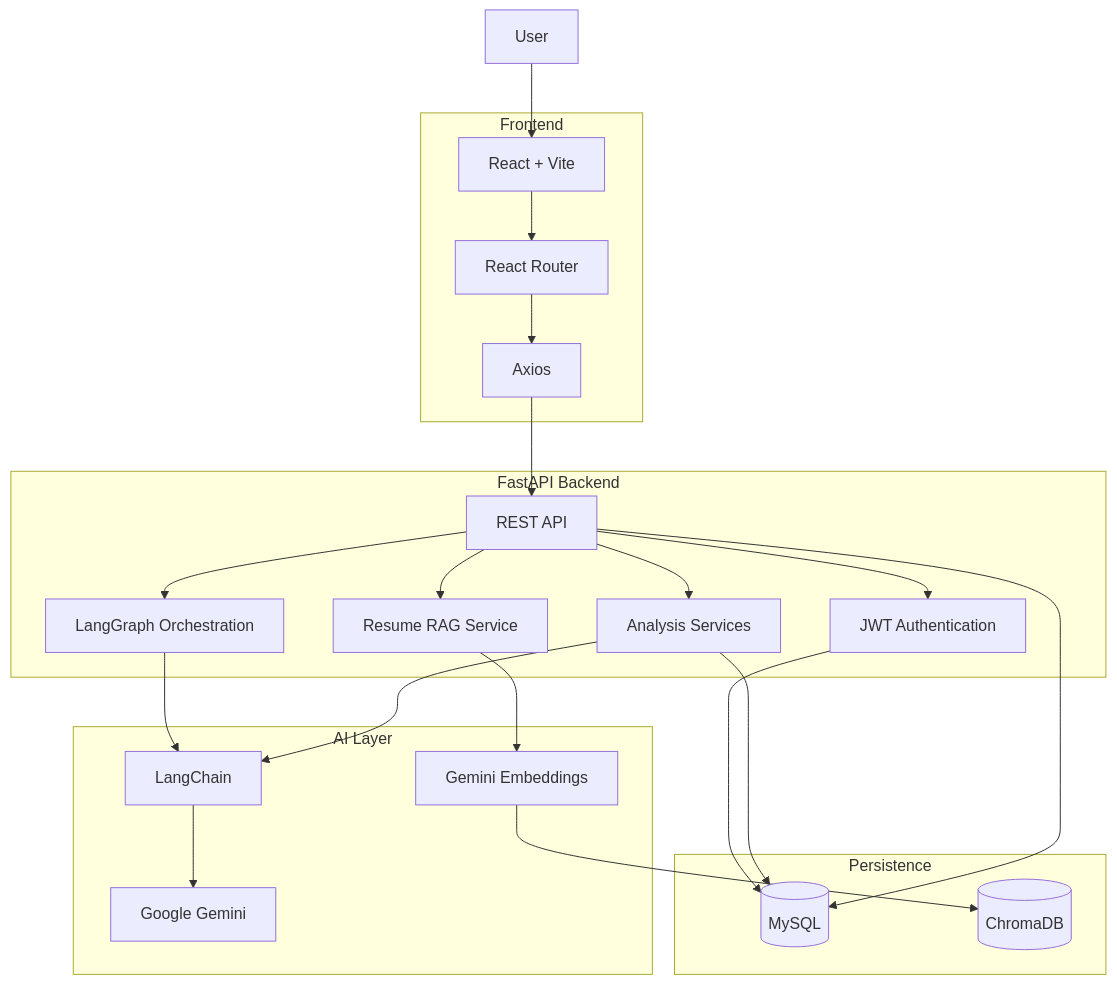
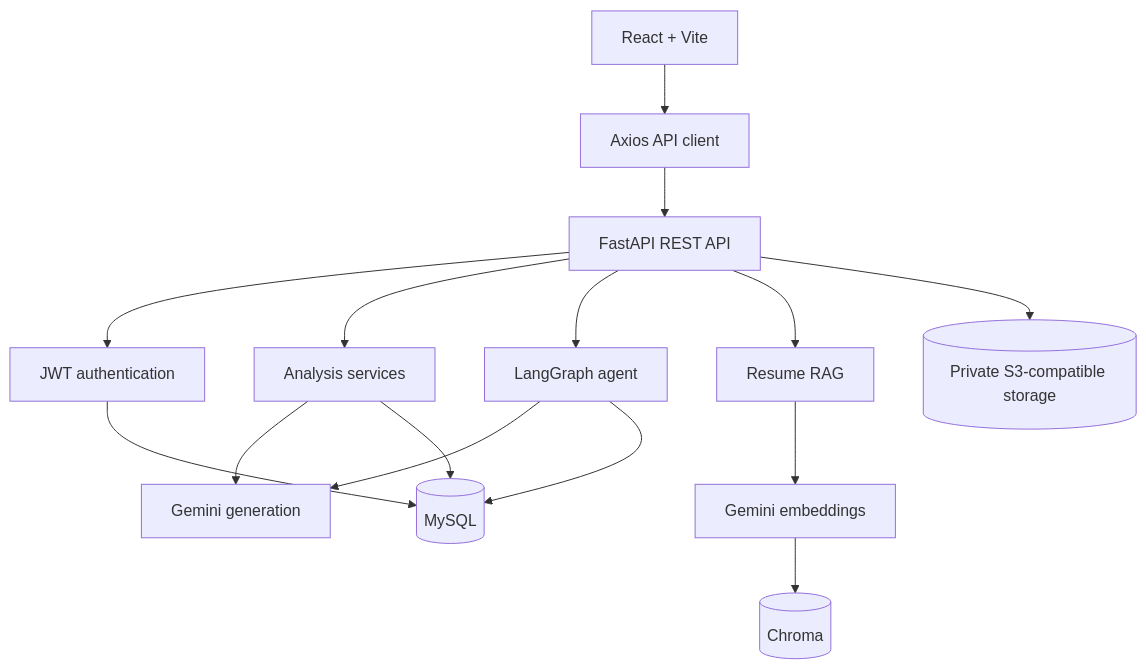
One commit to SreenithiRamesh/CareerPilot-AI changed the third of 6 diagrams in README.md. Above: the diagram before and after it, drawn with Mermaid. The commit also changed other lines of this file, not shown here.

````diff
--- a/README.md
+++ b/README.md
@@ -118,50 +161,20 @@
 ```mermaid
 flowchart TB
-    U[User]
+    UI["React + Vite"] --> CLIENT["Axios API client"]
+    CLIENT --> REST["FastAPI REST API"]
 
-    subgraph FRONTEND[Frontend]
-        R[React + Vite]
-        ROUTER[React Router]
-        API_CLIENT[Axios]
-    end
+    REST --> AUTH["JWT authentication"]
+    REST --> ANALYSIS["Analysis services"]
+    REST --> GRAPH["LangGraph agent"]
+    REST --> RAG["Resume RAG"]
 
-    subgraph BACKEND[FastAPI Backend]
-        API[REST API]
-        AUTH[JWT Authentication]
-        GRAPH[LangGraph Orchestration]
-        SERVICES[Analysis Services]
-        RAG[Resume RAG Service]
-    end
+    ANALYSIS --> GEMINI["Gemini generation"]
+    GRAPH --> GEMINI
+    RAG --> EMB["Gemini embeddings"]
 
-    subgraph AI[AI Layer]
-        LC[LangChain]
-        GEMINI[Google Gemini]
-        EMB[Gemini Embeddings]
-    end
-
-    subgraph DATA[Persistence]
-        MYSQL[(MySQL)]
-        CHROMA[(ChromaDB)]
-    end
-
-    U --> R
-    R --> ROUTER
-    ROUTER --> API_CLIENT
-    API_CLIENT --> API
-
-    API --> AUTH
-    API --> GRAPH
-    API --> SERVICES
-    API --> RAG
-
-    GRAPH --> LC
-    SERVICES --> LC
-    LC --> GEMINI
-
-    RAG --> EMB
-    EMB --> CHROMA
-
-    AUTH --> MYSQL
-    SERVICES --> MYSQL
-    API --> MYSQL
+    AUTH --> MYSQL[("MySQL")]
+    ANALYSIS --> MYSQL
+    GRAPH --> MYSQL
+    EMB --> CHROMA[("Chroma")]
+    REST --> OBJECTS[("Private S3-compatible storage")]
 ```
````
